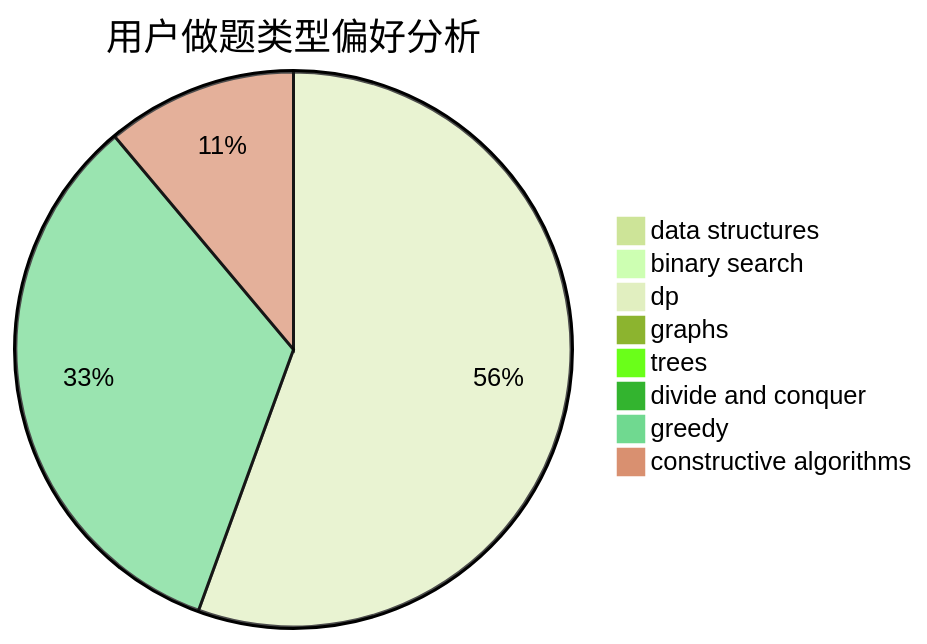
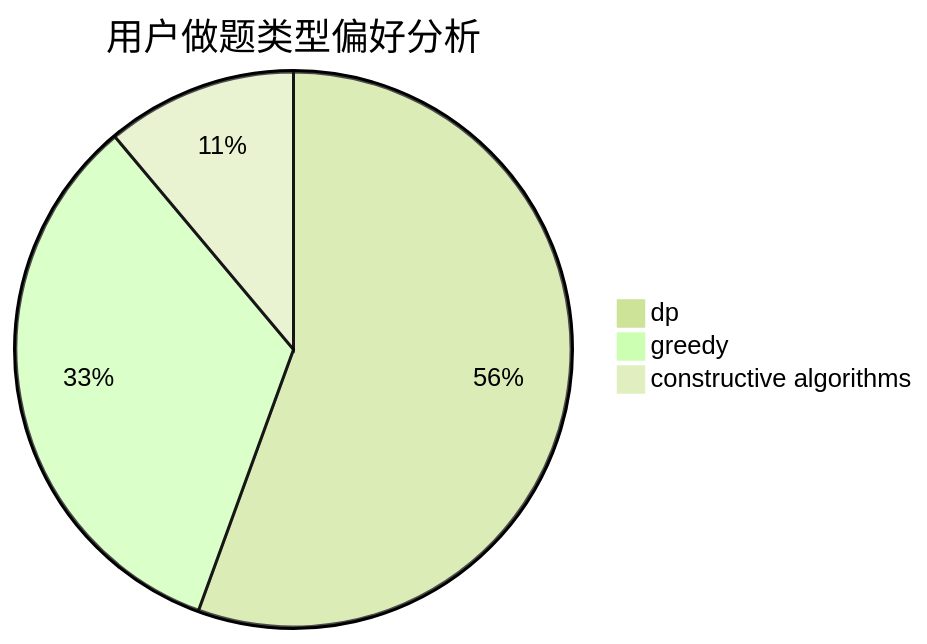
The second of 3 diagrams in docs/user/u2199.md (sherpahu/cfrs.github.io), drawn with Mermaid (forest theme) before and after one commit. The commit also changed other lines of this file and 2770 other files, not shown here.

````diff
--- a/docs/user/u2199.md
+++ b/docs/user/u2199.md
@@ -18,11 +14,6 @@
 ```mermaid
 pie title 用户做题类型偏好分析
-    "data structures" :  0
-    "binary search" :  0
     "dp" :  5
-    "graphs" :  0
-    "trees" :  0
-    "divide and conquer" :  0
     "greedy" :  3
     "constructive algorithms" :  1
 ```
````
